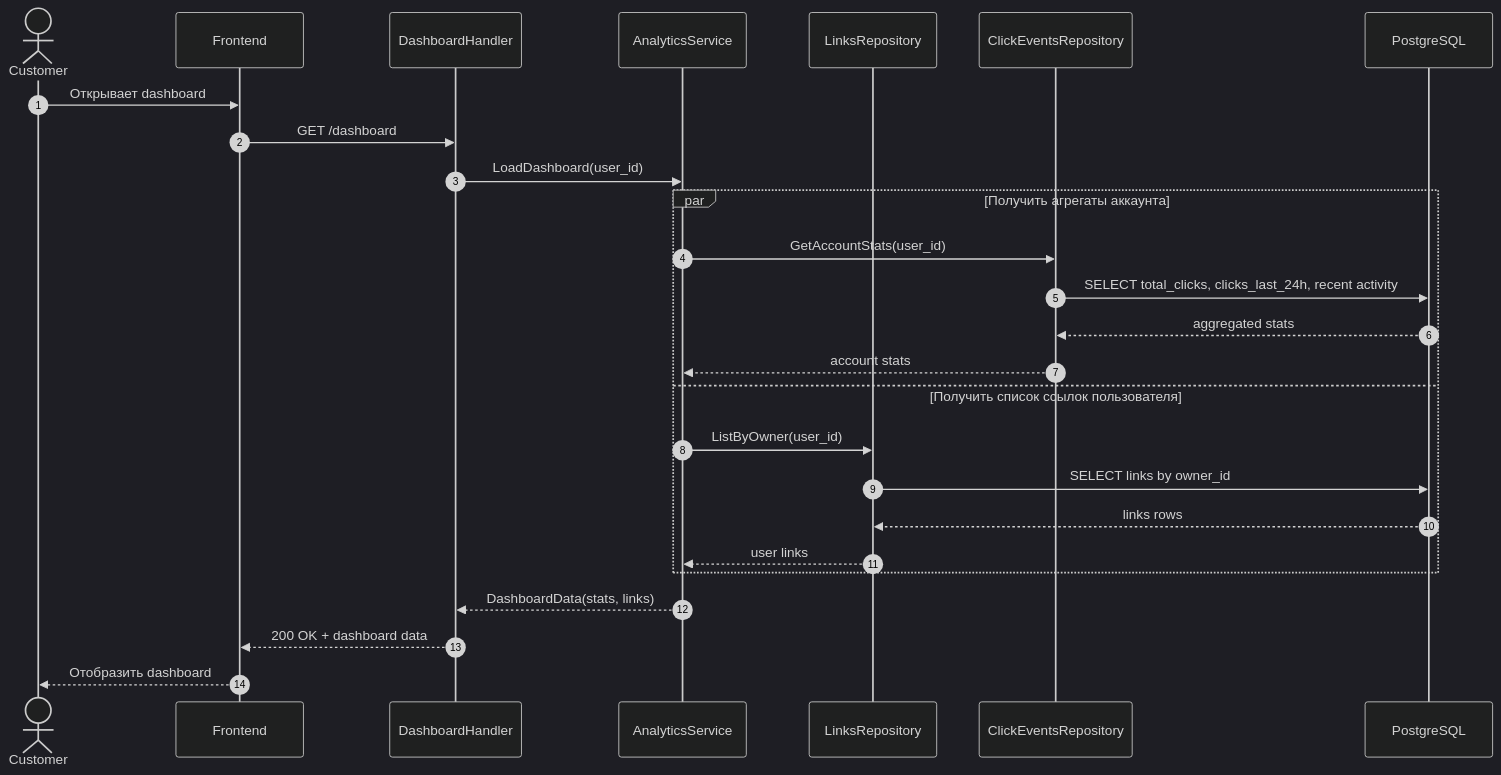
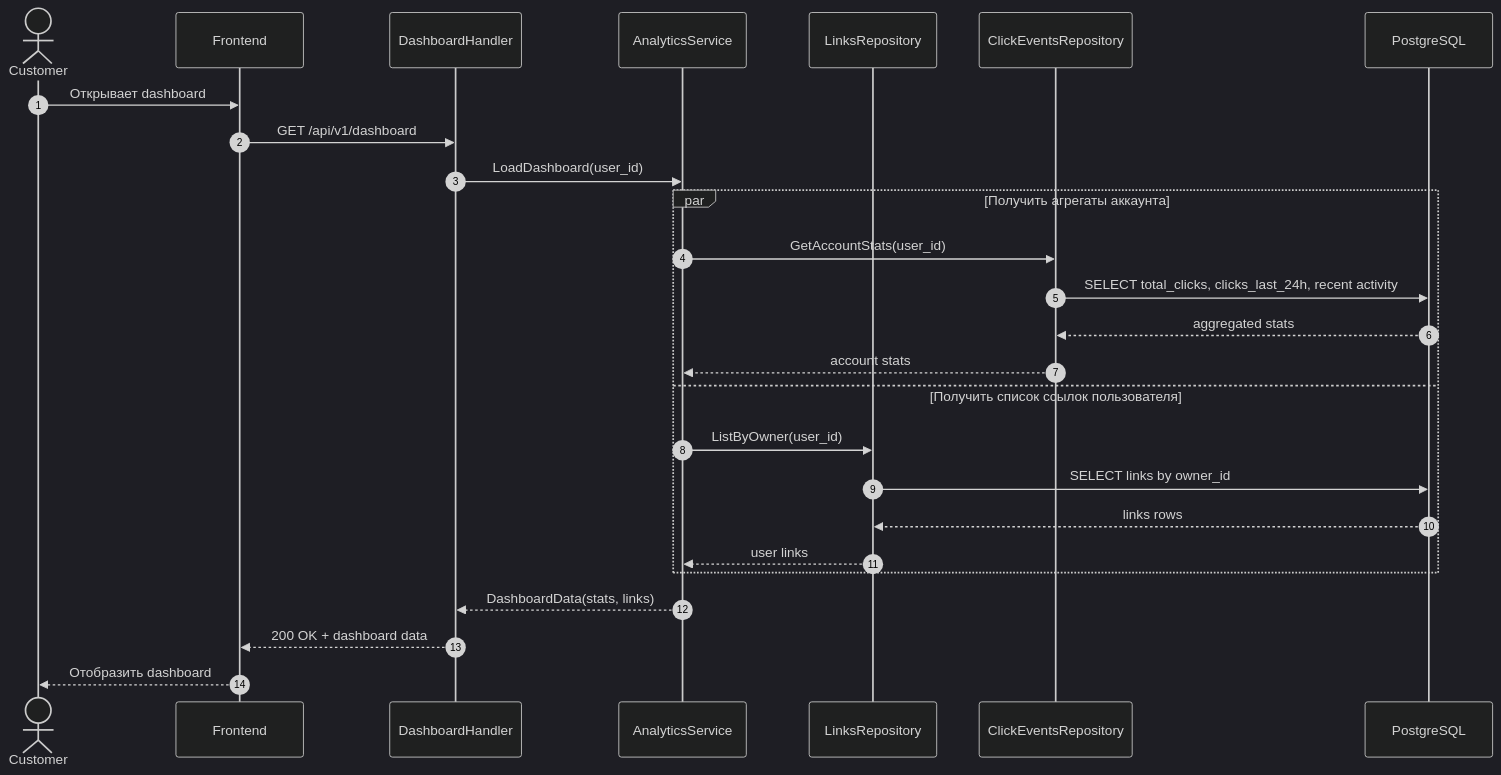
One commit to k3llone/TrackLink changed the diagram in docs/Sequence/SD-15.md. Above: the diagram before and after it, drawn with Mermaid (dark theme). The commit also changed 33 other files, not shown here.

````diff
--- a/docs/Sequence/SD-15.md
+++ b/docs/Sequence/SD-15.md
@@ -3,33 +3,33 @@
 ```mermaid
 sequenceDiagram
     autonumber
 
     actor Customer
     participant FE as Frontend
     participant DH as DashboardHandler
     participant AS as AnalyticsService
     participant LR as LinksRepository
     participant CR as ClickEventsRepository
     participant DB as PostgreSQL
 
     Customer->>FE: Открывает dashboard
-    FE->>DH: GET /dashboard
+    FE->>DH: GET /api/v1/dashboard
 
     DH->>AS: LoadDashboard(user_id)
 
     par Получить агрегаты аккаунта
         AS->>CR: GetAccountStats(user_id)
         CR->>DB: SELECT total_clicks, clicks_last_24h, recent activity
         DB-->>CR: aggregated stats
         CR-->>AS: account stats
     and Получить список ссылок пользователя
         AS->>LR: ListByOwner(user_id)
         LR->>DB: SELECT links by owner_id
         DB-->>LR: links rows
         LR-->>AS: user links
     end
 
     AS-->>DH: DashboardData(stats, links)
     DH-->>FE: 200 OK + dashboard data
     FE-->>Customer: Отобразить dashboard
 ```
````
